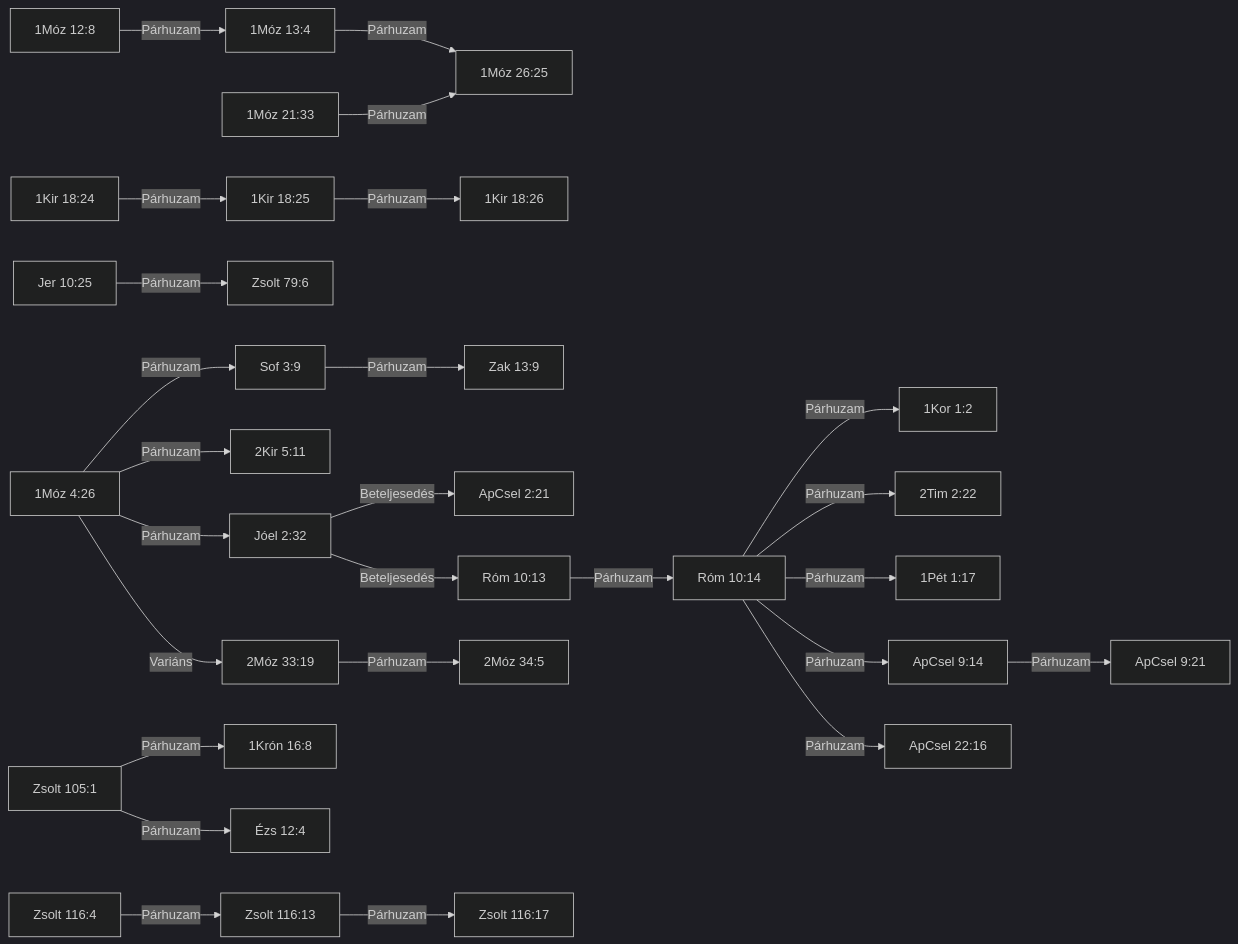
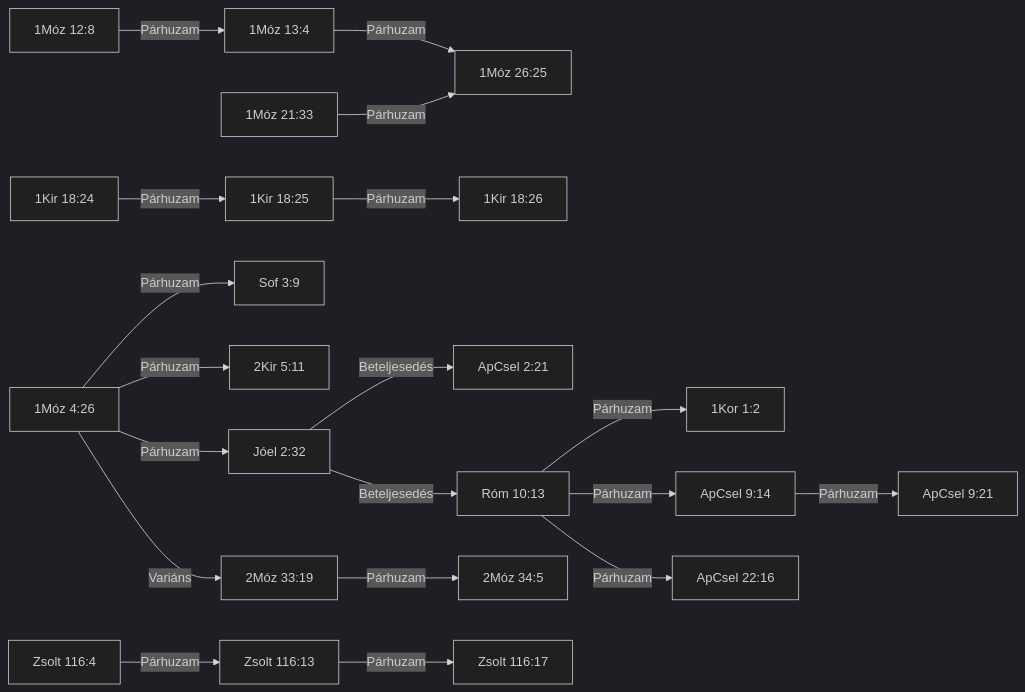
Before and after one commit to basesoft777/Bible-Study: the diagram in lexikon/ISTENTISZT-001_TUDOMANYOS.md, drawn with Mermaid (dark theme). The commit also changed other lines of this file and 5 other files, not shown here.

````diff
--- a/lexikon/ISTENTISZT-001_TUDOMANYOS.md
+++ b/lexikon/ISTENTISZT-001_TUDOMANYOS.md
@@ -1575,59 +1318,43 @@
 ```mermaid
 graph LR
     n1["1Móz 4:26"]
     n2["1Móz 12:8"]
     n3["1Móz 13:4"]
     n4["1Móz 21:33"]
     n5["1Móz 26:25"]
     n6["2Móz 33:19"]
     n7["2Móz 34:5"]
     n8["1Kir 18:24"]
     n9["1Kir 18:25"]
     n10["1Kir 18:26"]
     n11["2Kir 5:11"]
-    n12["1Krón 16:8"]
-    n13["Zsolt 79:6"]
-    n14["Zsolt 105:1"]
-    n15["Zsolt 116:4"]
-    n16["Zsolt 116:13"]
-    n17["Zsolt 116:17"]
-    n18["Ézs 12:4"]
-    n19["Jer 10:25"]
-    n20["Jóel 2:32"]
-    n21["Sof 3:9"]
-    n22["Zak 13:9"]
-    n23["ApCsel 2:21"]
-    n24["ApCsel 9:14"]
-    n25["ApCsel 9:21"]
-    n26["ApCsel 22:16"]
-    n27["Róm 10:13"]
-    n28["Róm 10:14"]
-    n29["1Kor 1:2"]
-    n30["2Tim 2:22"]
-    n31["1Pét 1:17"]
-    n1 -->|Párhuzam| n21
+    n12["Zsolt 116:4"]
+    n13["Zsolt 116:13"]
+    n14["Zsolt 116:17"]
+    n15["Jóel 2:32"]
+    n16["Sof 3:9"]
+    n17["ApCsel 2:21"]
+    n18["ApCsel 9:14"]
+    n19["ApCsel 9:21"]
+    n20["ApCsel 22:16"]
+    n21["Róm 10:13"]
+    n22["1Kor 1:2"]
+    n1 -->|Párhuzam| n16
     n1 -->|Párhuzam| n11
-    n1 -->|Párhuzam| n20
-    n20 -->|Beteljesedés| n23
-    n20 -->|Beteljesedés| n27
-    n27 -->|Párhuzam| n28
-    n28 -->|Párhuzam| n29
-    n28 -->|Párhuzam| n30
-    n28 -->|Párhuzam| n31
-    n28 -->|Párhuzam| n24
-    n24 -->|Párhuzam| n25
-    n28 -->|Párhuzam| n26
+    n1 -->|Párhuzam| n15
+    n15 -->|Beteljesedés| n17
+    n15 -->|Beteljesedés| n21
+    n21 -->|Párhuzam| n22
+    n21 -->|Párhuzam| n18
+    n18 -->|Párhuzam| n19
+    n21 -->|Párhuzam| n20
     n1 -->|Variáns| n6
     n6 -->|Párhuzam| n7
     n2 -->|Párhuzam| n3
     n3 -->|Párhuzam| n5
     n4 -->|Párhuzam| n5
     n8 -->|Párhuzam| n9
     n9 -->|Párhuzam| n10
-    n15 -->|Párhuzam| n16
-    n16 -->|Párhuzam| n17
-    n14 -->|Párhuzam| n12
-    n14 -->|Párhuzam| n18
-    n19 -->|Párhuzam| n13
-    n21 -->|Párhuzam| n22
+    n12 -->|Párhuzam| n13
+    n13 -->|Párhuzam| n14
 ```
````
